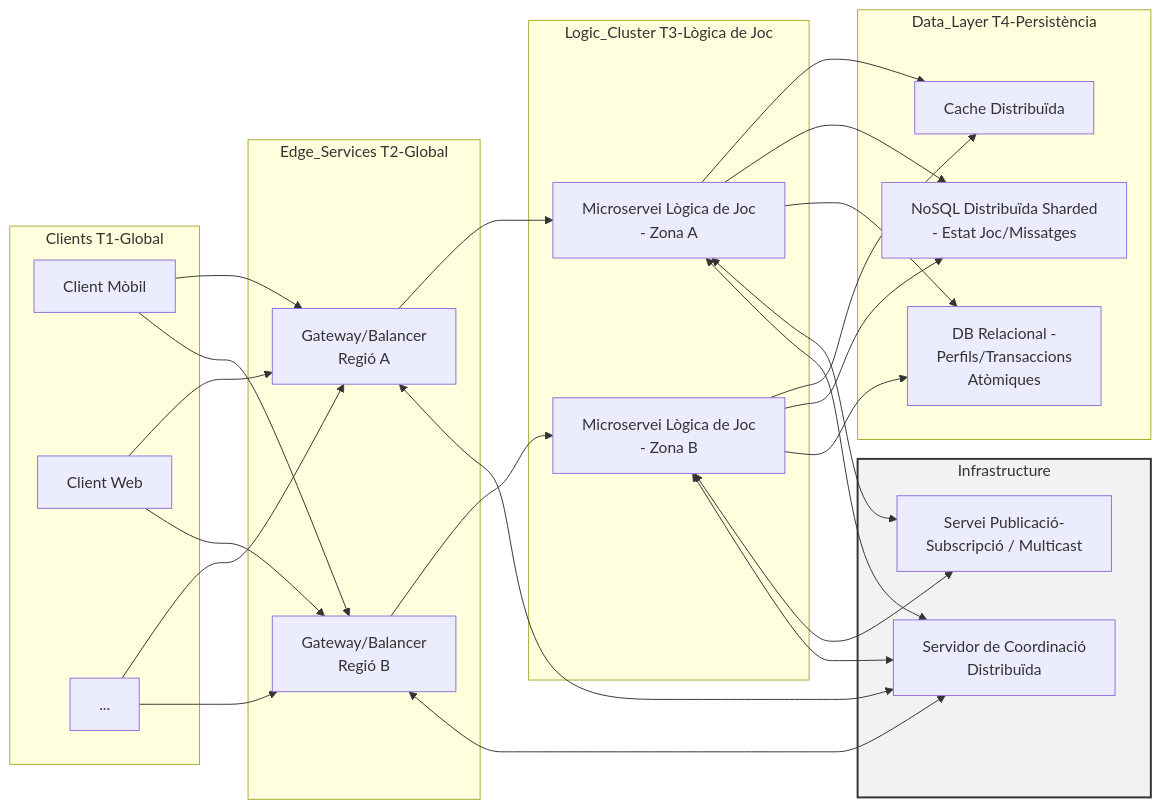
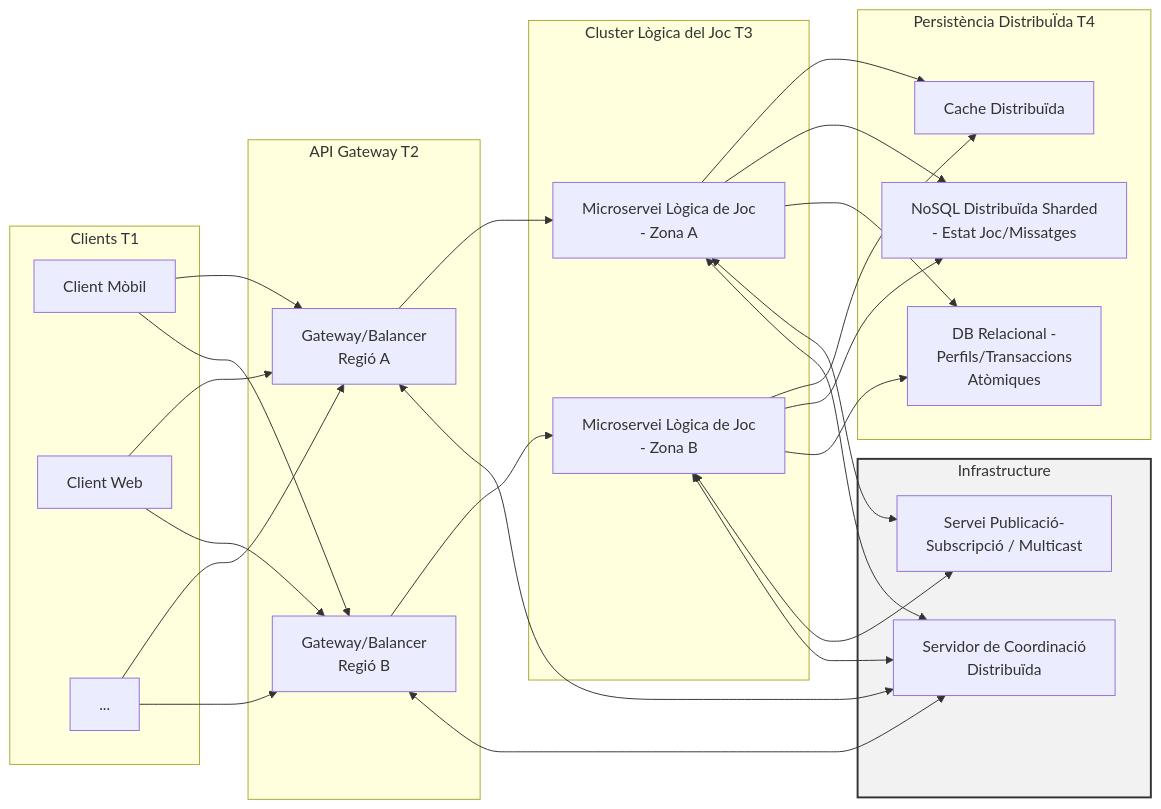
One commit to abolance/LocalizaMe changed the diagram in PAC1_Ex5.md. Above: the diagram before and after it, drawn with Mermaid. The commit also changed other lines of this file, not shown here.

````diff
--- a/PAC1_Ex5.md
+++ b/PAC1_Ex5.md
@@ -1,47 +1,47 @@
 ```mermaid
 graph LR
-    subgraph Clients T1-Global
+    subgraph Clients T1
         C1["Client Mòbil"]
         C2["Client Web"]
         C3["..."]
     end
 
-    subgraph Edge_Services T2-Global
+    subgraph API Gateway T2
         G1["Gateway/Balancer<br>Regió A"]
         G2["Gateway/Balancer<br>Regió B"]
     end
 
-    subgraph Logic_Cluster T3-Lògica de Joc
+    subgraph Cluster Lògica del Joc T3
         LGA["Microservei Lògica de Joc<br>- Zona A"]
         LGB["Microservei Lògica de Joc<br>- Zona B"]
     end
     
     subgraph Infrastructure
         style Infrastructure fill:#f2f2f2,stroke:#333,stroke-width:2px
         PSB["Servei Publicació-<br>Subscripció / Multicast"]
         COORD["Servidor de Coordinació<br>Distribuïda"]
     end
 
-    subgraph Data_Layer T4-Persistència
+    subgraph Persistència DistribuÏda T4
         DCACHE["Cache Distribuïda"]
         DDB["NoSQL Distribuïda Sharded<br>- Estat Joc/Missatges"]
         RDB["DB Relacional -<br>Perfils/Transaccions<br>Atòmiques"]
     end
 
     %% --- Conexiones del Flujo Principal ---
     C1 & C2 & C3 --> G1
     C1 & C2 & C3 --> G2
     
     G1 --> LGA
     G2 --> LGB
     
     LGA --> DCACHE & DDB & RDB
     LGB --> DCACHE & DDB & RDB
 
     %% --- Conexiones con la Infraestructura ---
     LGA <--> PSB
     LGB <--> PSB
     
     G1 & G2 <--> COORD
     LGA & LGB <--> COORD
 ```
````
